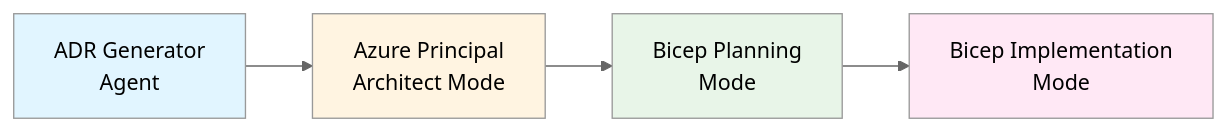
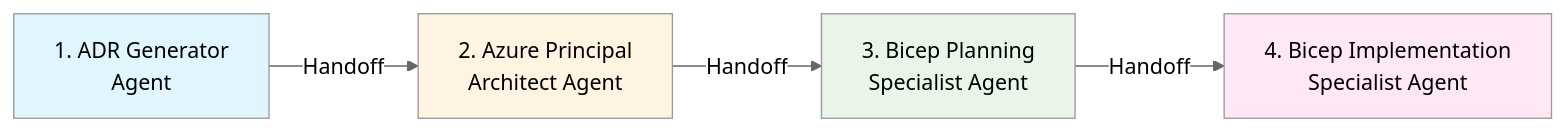
The diagram in README.md (jonathan-vella/github-copilot-itpro), drawn with Mermaid (neutral theme) before and after one commit. The commit also changed other lines of this file and 2 other files, not shown here.

Commit message:
feat: Update PROGRESS.md and README.md with custom agents workflow details and enhance AGENT-HANDOFF-DEMO.md for clarity

````diff
--- a/README.md
+++ b/README.md
@@ -111,11 +123,11 @@
 ```mermaid
 graph LR
-    A[ADR Generator<br/>Agent] --> B[Azure Principal<br/>Architect Mode]
-    B --> C[Bicep Planning<br/>Mode]
-    C --> D[Bicep Implementation<br/>Mode]
+    A[1. ADR Generator<br/>Agent] -->|Handoff| B[2. Azure Principal<br/>Architect Agent]
+    B -->|Handoff| C[3. Bicep Planning<br/>Specialist Agent]
+    C -->|Handoff| D[4. Bicep Implementation<br/>Specialist Agent]
     
     style A fill:#e1f5ff
     style B fill:#fff4e1
     style C fill:#e8f5e8
     style D fill:#ffe8f5
 ```
````
